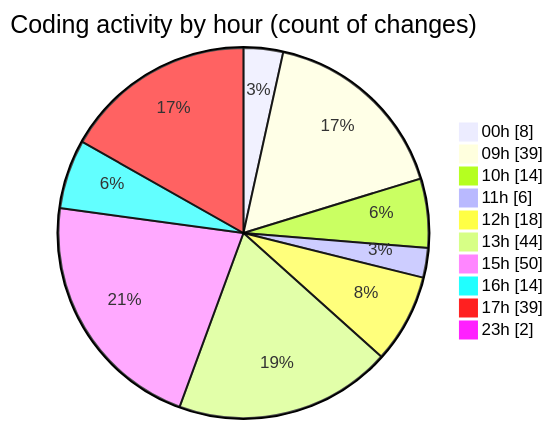
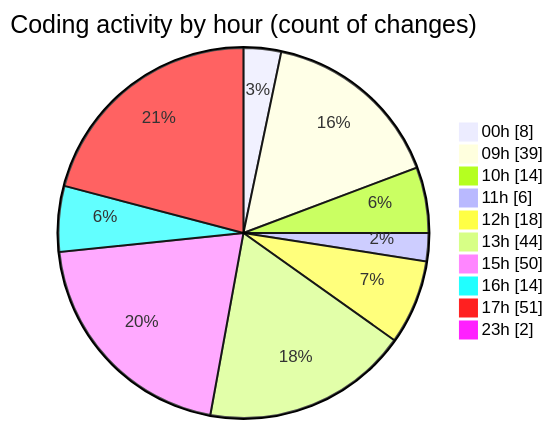
The second of 2 diagrams in 2025-12-18/cda/README.md (momahboobian/code-tracking), drawn with Mermaid before and after one commit. The commit also changed other lines of this file and 1 other file, not shown here.

````diff
--- a/2025-12-18/cda/README.md
+++ b/2025-12-18/cda/README.md
@@ -115,14 +116,14 @@
 ```mermaid
 pie showData
 title Coding activity by hour (count of changes)
 "00h" : 8
 "09h" : 39
 "10h" : 14
 "11h" : 6
 "12h" : 18
 "13h" : 44
 "15h" : 50
 "16h" : 14
-"17h" : 39
+"17h" : 51
 "23h" : 2
 ```
````
